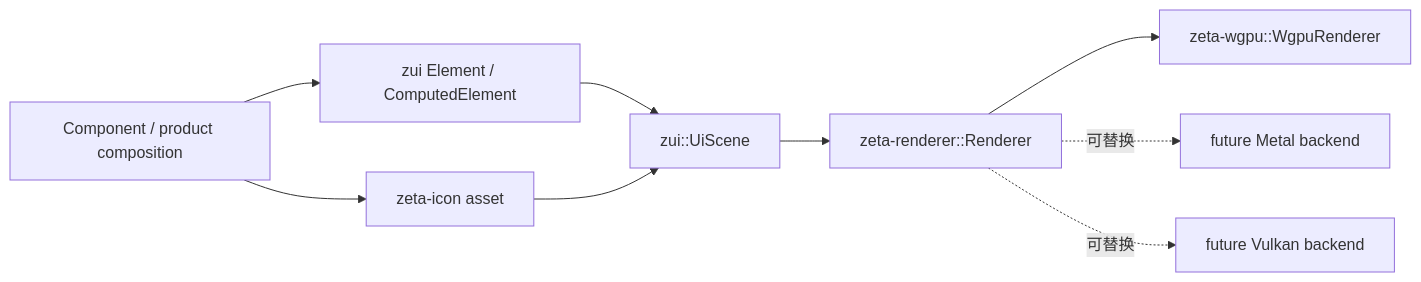
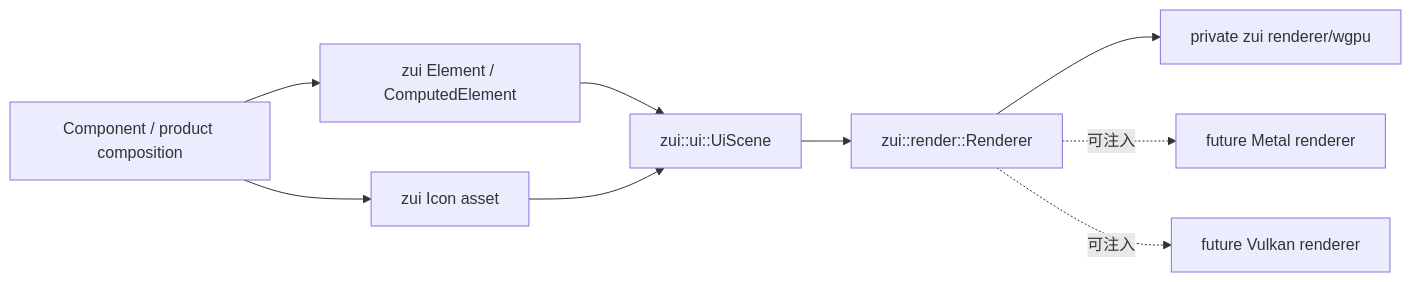
One commit to chogng/zeta changed the diagram in zeterm/docs/rendering-architecture.md. Above: the diagram before and after it, drawn with Mermaid. The commit also changed other lines of this file and 360 other files, not shown here.

Commit message:
refactor: streamline workspace architecture and runtime boundaries

````diff
--- a/zeterm/docs/rendering-architecture.md
+++ b/zeterm/docs/rendering-architecture.md
@@ -23,11 +21,11 @@
 ```mermaid
 flowchart LR
     C["Component / product composition"] --> E["zui Element / ComputedElement"]
-    C --> I["zeta-icon asset"]
-    E --> S["zui::UiScene"]
+    C --> I["zui Icon asset"]
+    E --> S["zui::ui::UiScene"]
     I --> S
-    S --> R["zeta-renderer::Renderer"]
-    R --> W["zeta-wgpu::WgpuRenderer"]
-    R -. "可替换" .-> M["future Metal backend"]
-    R -. "可替换" .-> V["future Vulkan backend"]
+    S --> R["zui::render::Renderer"]
+    R --> W["private zui renderer/wgpu"]
+    R -. "可注入" .-> M["future Metal renderer"]
+    R -. "可注入" .-> V["future Vulkan renderer"]
 ```
````
